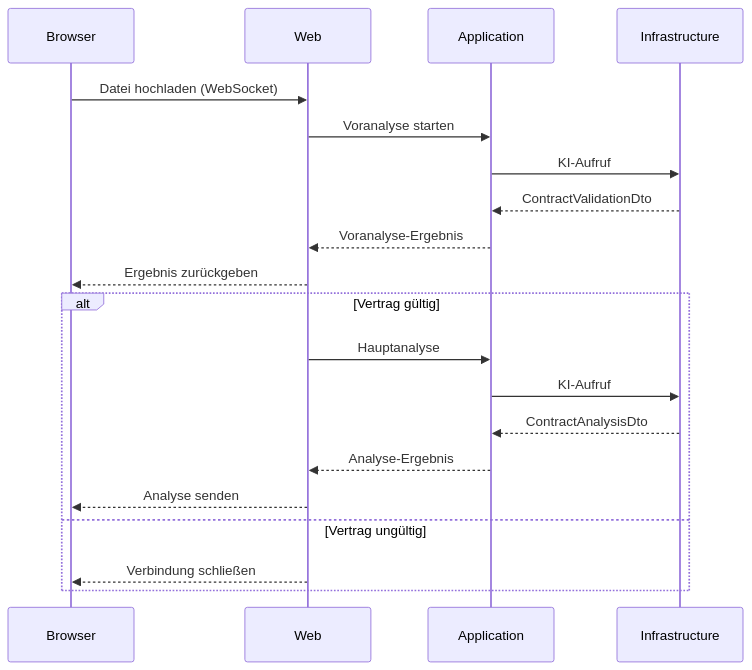
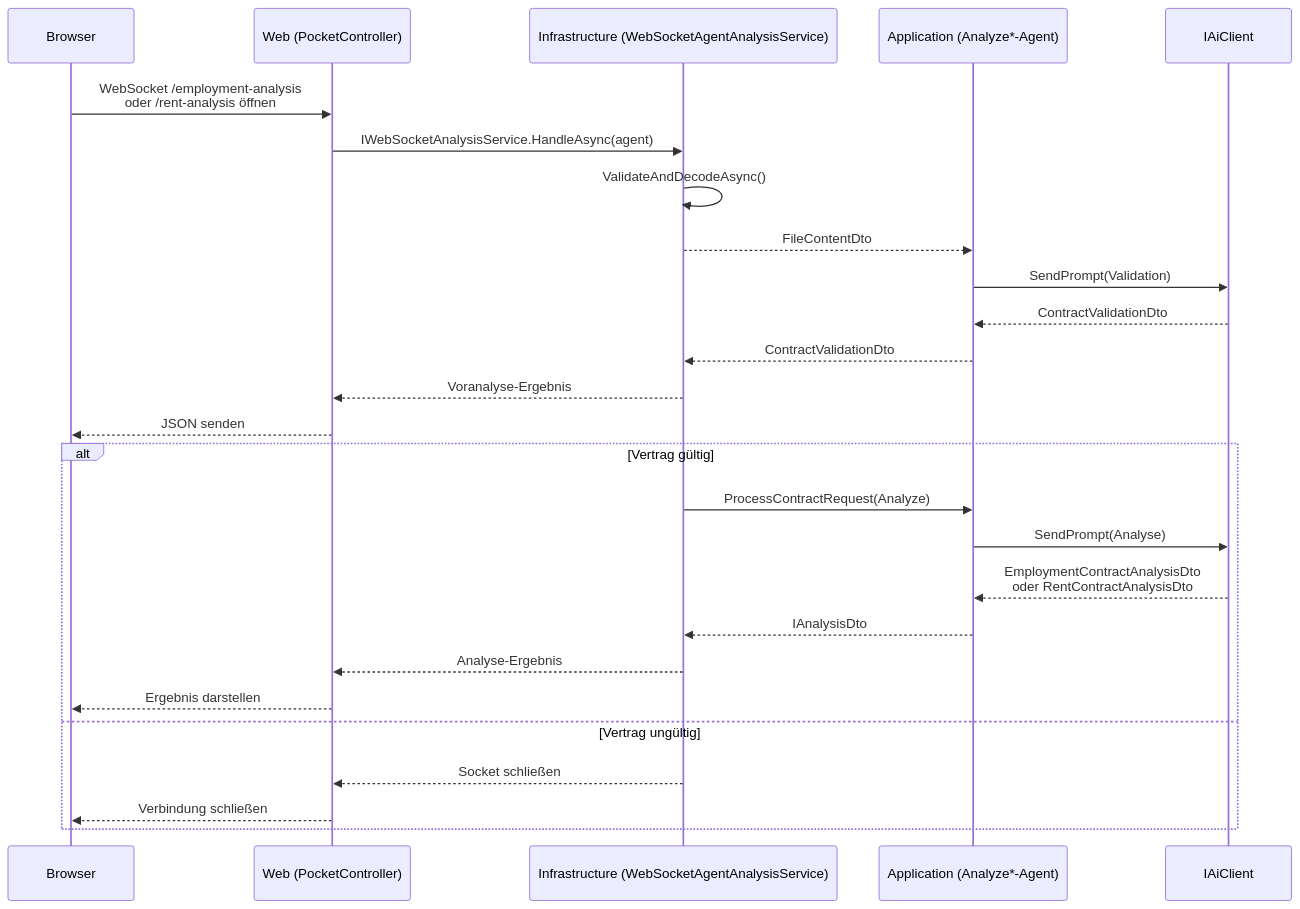
The fourth of 8 diagrams in docs/Diagrams/diagrams.md (sebastian-305/PocketLawyer), drawn with Mermaid before and after one commit. The commit also changed other lines of this file and 1 other file, not shown here.

Commit message:
Update diagram documentation for new agents

````diff
--- a/docs/Diagrams/diagrams.md
+++ b/docs/Diagrams/diagrams.md
@@ -332,24 +329,30 @@
 ```mermaid
 sequenceDiagram
     participant FE as Browser
-    participant WEB as Web
-    participant APP as Application
-    participant INF as Infrastructure
+    participant WEB as Web (PocketController)
+    participant INF as Infrastructure (WebSocketAgentAnalysisService)
+    participant APP as Application (Analyze*-Agent)
+    participant AI as IAiClient
 
-    FE->>WEB: Datei hochladen (WebSocket)
-    WEB->>APP: Voranalyse starten
-    APP->>INF: KI-Aufruf
-    INF-->>APP: ContractValidationDto
-    APP-->>WEB: Voranalyse-Ergebnis
-    WEB-->>FE: Ergebnis zurückgeben
+    FE->>WEB: WebSocket /employment-analysis<br>oder /rent-analysis öffnen
+    WEB->>INF: IWebSocketAnalysisService.HandleAsync(agent)
+    INF->>INF: ValidateAndDecodeAsync()
+    INF-->>APP: FileContentDto
+    APP->>AI: SendPrompt(Validation)
+    AI-->>APP: ContractValidationDto
+    APP-->>INF: ContractValidationDto
+    INF-->>WEB: Voranalyse-Ergebnis
+    WEB-->>FE: JSON senden
 
     alt Vertrag gültig
-        WEB->>APP: Hauptanalyse
-        APP->>INF: KI-Aufruf
-        INF-->>APP: ContractAnalysisDto
-        APP-->>WEB: Analyse-Ergebnis
-        WEB-->>FE: Analyse senden
+        INF->>APP: ProcessContractRequest(Analyze)
+        APP->>AI: SendPrompt(Analyse)
+        AI-->>APP: EmploymentContractAnalysisDto<br>oder RentContractAnalysisDto
+        APP-->>INF: IAnalysisDto
+        INF-->>WEB: Analyse-Ergebnis
+        WEB-->>FE: Ergebnis darstellen
     else Vertrag ungültig
+        INF-->>WEB: Socket schließen
         WEB-->>FE: Verbindung schließen
     end
 ```
````
